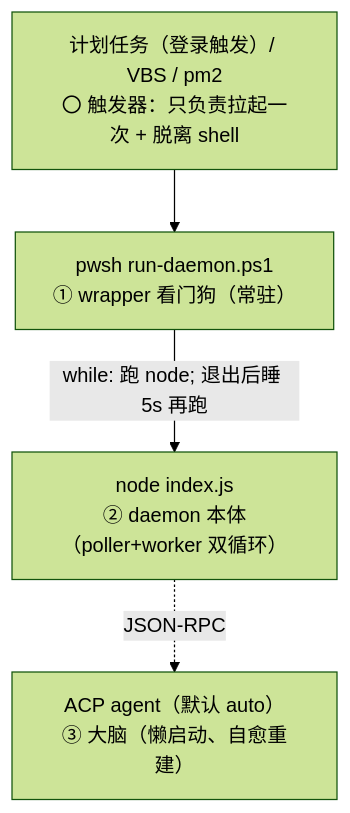
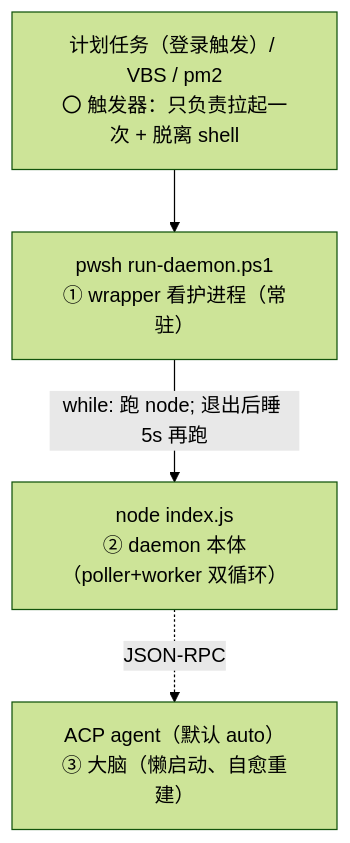
One commit to imwangpan/WeMind changed the diagram in docs/repowiki/10-部署与运维.md. Above: the diagram before and after it, drawn with Mermaid (forest theme). The commit also changed other lines of this file and 73 other files, not shown here.

First line of the commit message:
docs+fix: 术语第三轮——预设→agent 名、回执→答复、看门狗→看护进程、落盘→写入磁盘

````diff
--- a/docs/repowiki/10-部署与运维.md
+++ b/docs/repowiki/10-部署与运维.md
@@ -15,10 +15,10 @@
 ```mermaid
 graph TD
     T["计划任务（登录触发）/ VBS / pm2<br/>〇 触发器：只负责拉起一次 + 脱离 shell"]
-    W["pwsh run-daemon.ps1<br/>① wrapper 看门狗（常驻）"]
+    W["pwsh run-daemon.ps1<br/>① wrapper 看护进程（常驻）"]
     N["node index.js<br/>② daemon 本体（poller+worker 双循环）"]
     B["ACP agent（默认 auto）<br/>③ 大脑（懒启动、自愈重建）"]
     T --> W
     W -->|"while: 跑 node; 退出后睡 5s 再跑"| N
     N -.JSON-RPC.-> B
 ```
````
